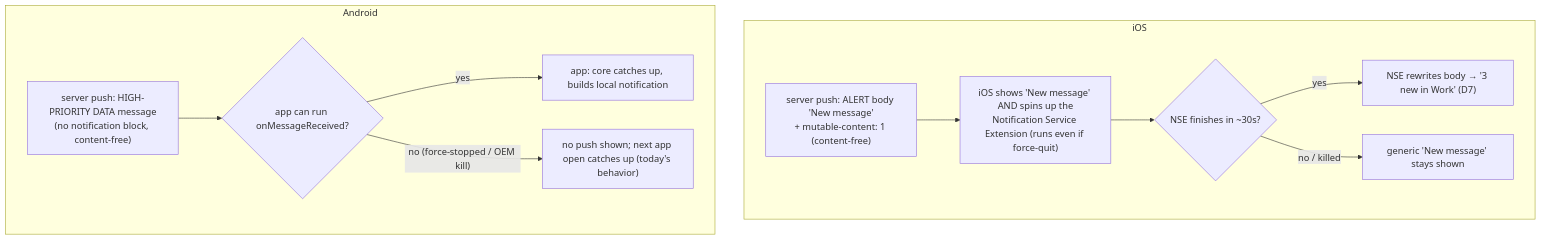
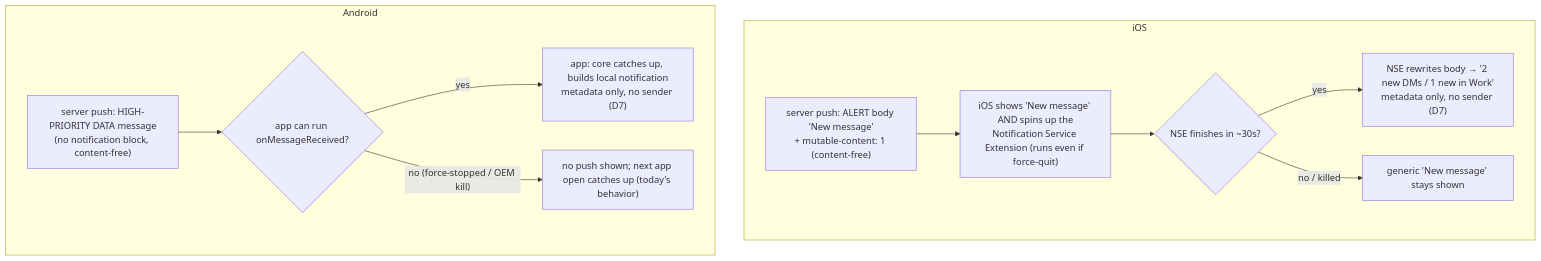
One commit to koppathachan/vyajena changed the second of 2 diagrams in openspec/changes/smarter-notifications/design.md. Above: the diagram before and after it, drawn with Mermaid. The commit also changed other lines of this file and 4 other files, not shown here.

First line of the commit message:
smarter-notifications: v1 metadata-only on both platforms, defer sender (owner, 2026-11-27)

````diff
--- a/openspec/changes/smarter-notifications/design.md
+++ b/openspec/changes/smarter-notifications/design.md
@@ -132,14 +133,14 @@
 ```mermaid
 flowchart TD
   subgraph ios["iOS"]
     ia["server push: ALERT body 'New message'<br/>+ mutable-content: 1 (content-free)"] --> ib["iOS shows 'New message' AND spins up the<br/>Notification Service Extension (runs even if force-quit)"]
     ib --> ic{"NSE finishes in ~30s?"}
-    ic -- yes --> id["NSE rewrites body → '3 new in Work' (D7)"]
+    ic -- yes --> id["NSE rewrites body → '2 new DMs / 1 new in Work'<br/>metadata only, no sender (D7)"]
     ic -- "no / killed" --> ie["generic 'New message' stays shown"]
   end
   subgraph android["Android"]
     aa["server push: HIGH-PRIORITY DATA message<br/>(no notification block, content-free)"] --> ab{"app can run onMessageReceived?"}
-    ab -- yes --> ac["app: core catches up, builds local notification"]
+    ab -- yes --> ac["app: core catches up, builds local notification<br/>metadata only, no sender (D7)"]
     ab -- "no (force-stopped / OEM kill)"  --> ad["no push shown; next app open catches up (today's behavior)"]
   end
 ```
````
